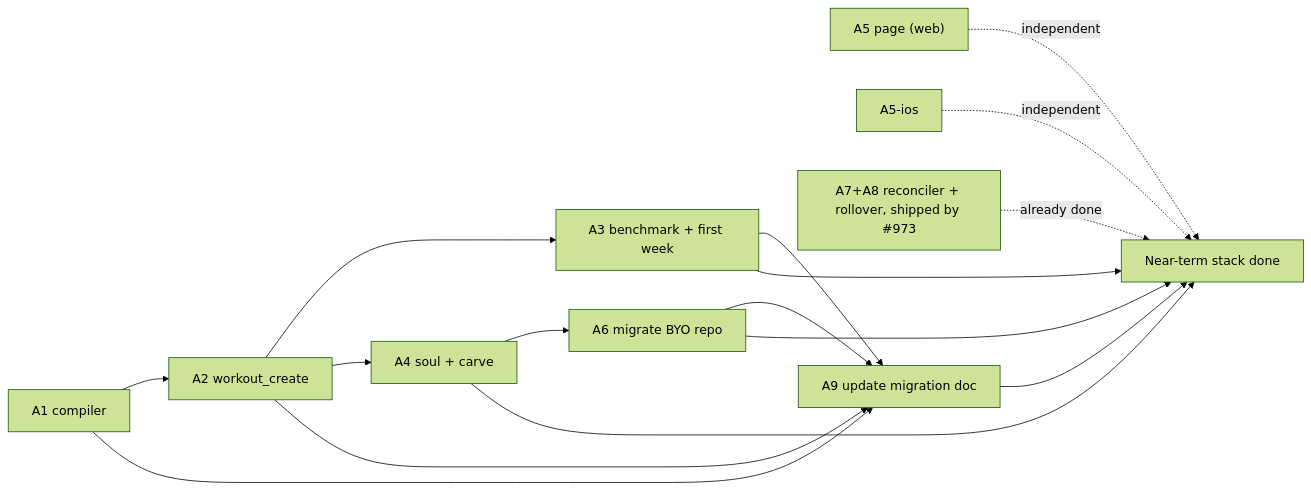
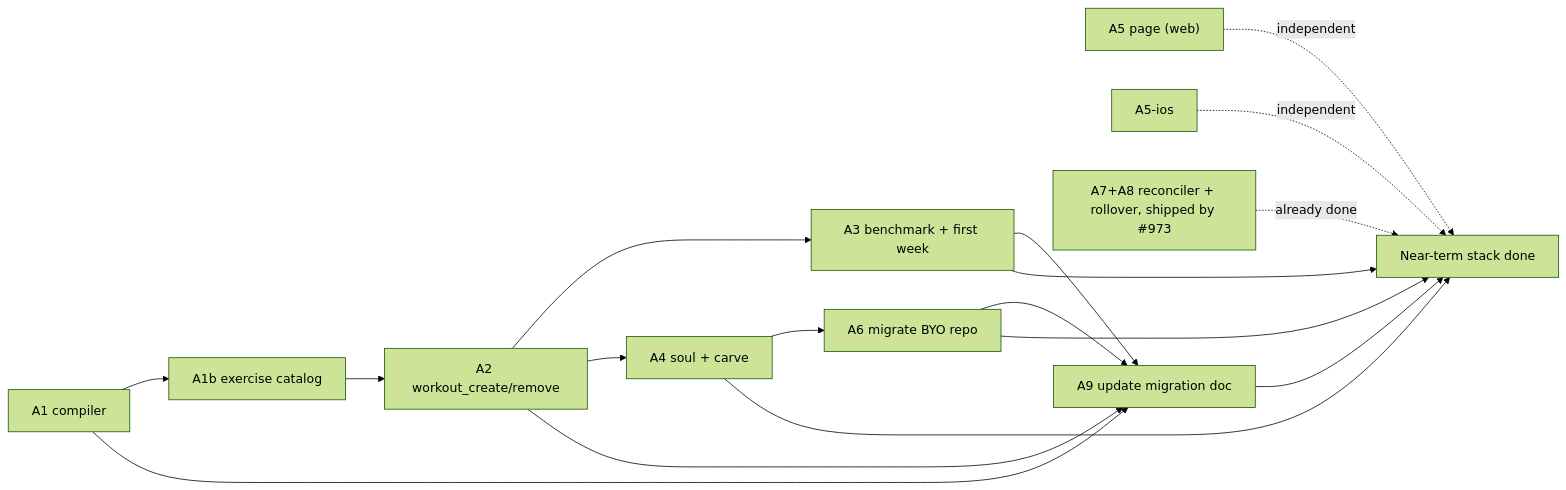
One commit to sibling-shipyard/coach-hq changed the diagram in docs/plans/workouts-redesign-lld.md. Above: the diagram before and after it, drawn with Mermaid (forest theme). The commit also changed other lines of this file and 1 other file, not shown here.

First line of the commit message:
docs: redesign the workout library into a personalized exercise catalog (#727)

````diff
--- a/docs/plans/workouts-redesign-lld.md
+++ b/docs/plans/workouts-redesign-lld.md
@@ -52,18 +52,19 @@
 ```mermaid
 flowchart LR
   A5["A5 page (web)"] -.->|independent| done["Near-term stack done"]
   A5ios["A5-ios"] -.->|independent| done
-  A1["A1 compiler"] --> A2["A2 workout_create"]
+  A1["A1 compiler"] --> A1b["A1b exercise catalog"]
+  A1b --> A2["A2 workout_create/remove"]
   A2 --> A3["A3 benchmark + first week"]
   A2 --> A4["A4 soul + carve"]
   A4 --> A6["A6 migrate BYO repo"]
   A73["A7+A8 reconciler + rollover, shipped by #973"] -.->|already done| done
   A1 --> A9["A9 update migration doc"]
   A2 --> A9
   A3 --> A9
   A6 --> A9
   A3 --> done
   A4 --> done
   A6 --> done
   A9 --> done
 ```
````
